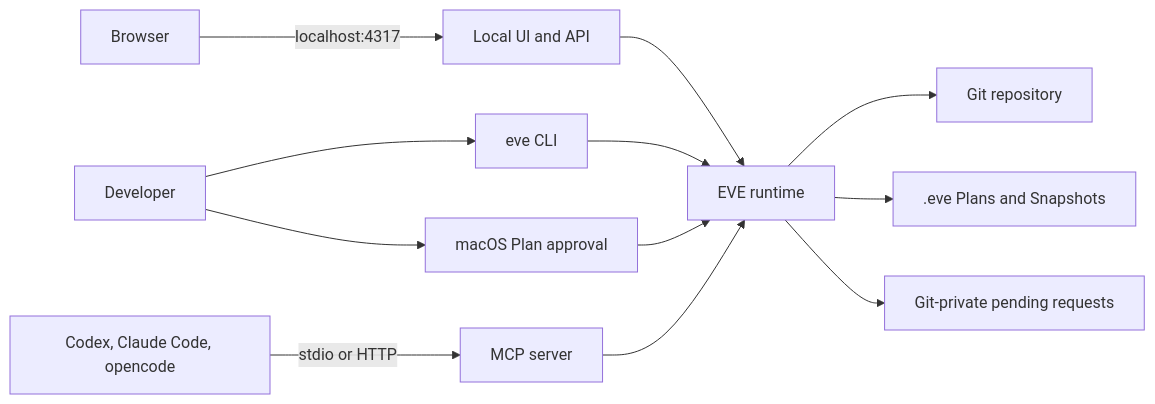
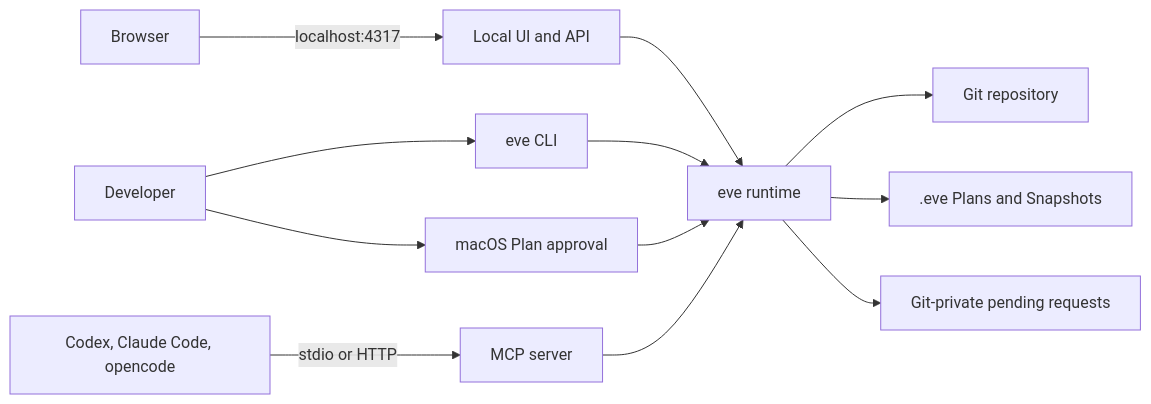
Before and after one commit to nhestrompia/eve: the diagram in README.md, drawn with Mermaid. The commit also changed other lines of this file and 18 other files, not shown here.

````diff
--- a/README.md
+++ b/README.md
@@ -94,16 +98,16 @@
 ```mermaid
 flowchart LR
     Developer[Developer] --> CLI[eve CLI]
     Developer --> Approval[macOS Plan approval]
     Browser[Browser] -->|localhost:4317| UI[Local UI and API]
     Agents[Codex, Claude Code, opencode] -->|stdio or HTTP| MCP[MCP server]
 
-    CLI --> Runtime[EVE runtime]
+    CLI --> Runtime[eve runtime]
     UI --> Runtime
     MCP --> Runtime
     Approval --> Runtime
 
     Runtime --> Git[Git repository]
     Runtime --> History[.eve Plans and Snapshots]
     Runtime --> Private[Git-private pending requests]
 ```
````
